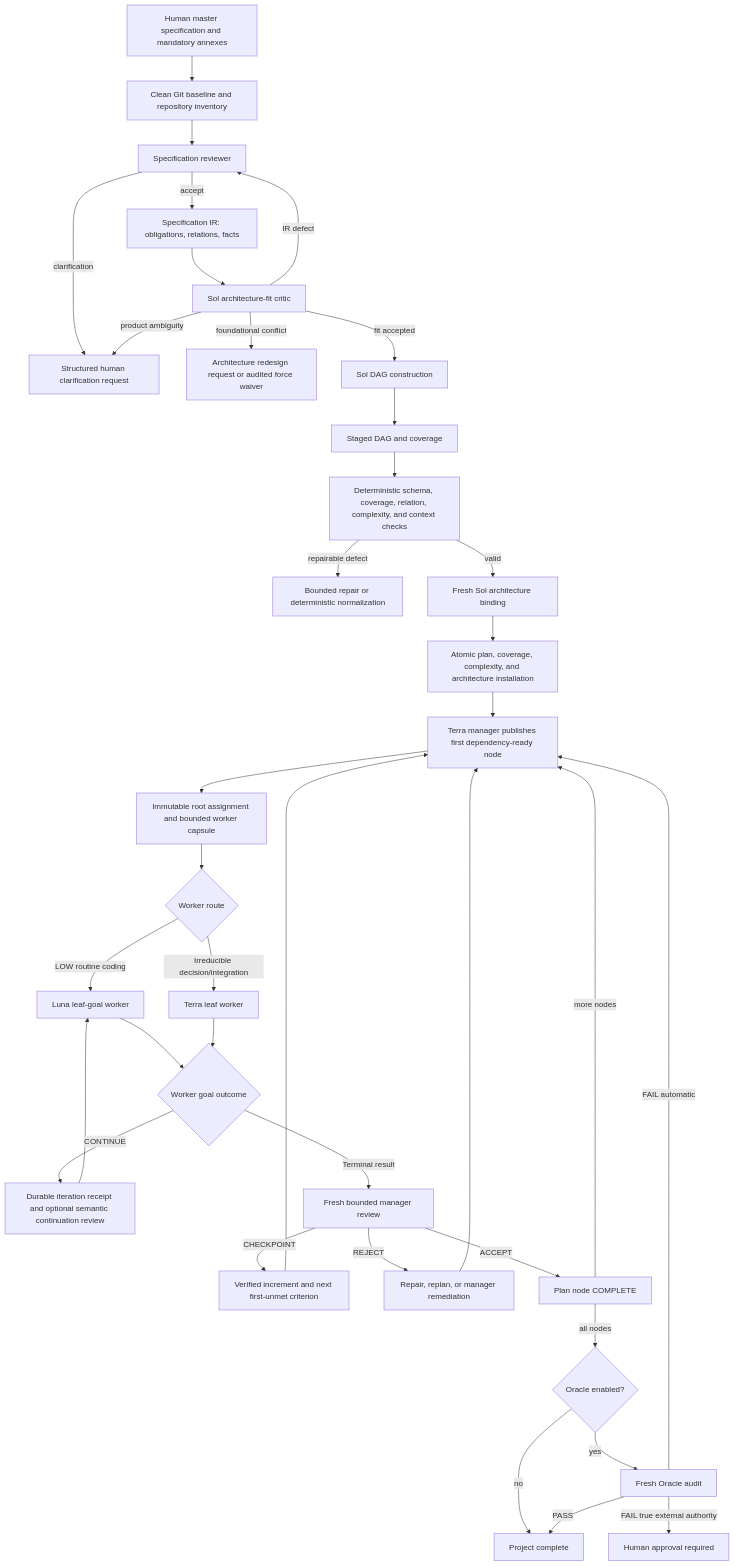
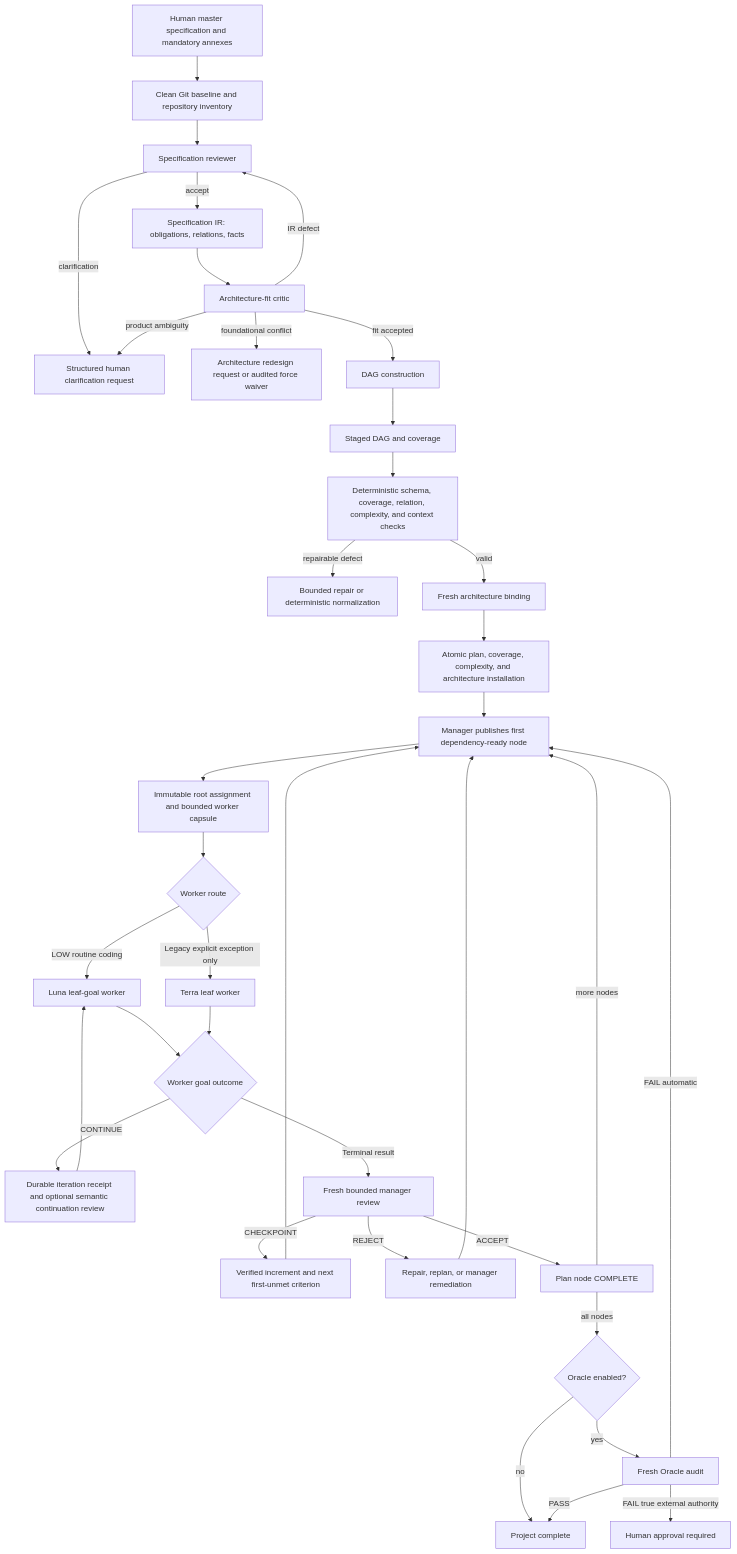
The first of 6 diagrams in docs/specification-to-luna-complexity-decomposition.md (nuliknol/coding-agent-fs-harness), drawn with Mermaid before and after one commit. The commit also changed other lines of this file, not shown here.

````diff
--- a/docs/specification-to-luna-complexity-decomposition.md
+++ b/docs/specification-to-luna-complexity-decomposition.md
@@ -163,39 +237,39 @@
 ```mermaid
 flowchart TD
     A[Human master specification and mandatory annexes] --> B[Clean Git baseline and repository inventory]
     B --> C[Specification reviewer]
     C -->|clarification| C1[Structured human clarification request]
     C -->|accept| D[Specification IR: obligations, relations, facts]
-    D --> E[Sol architecture-fit critic]
+    D --> E[Architecture-fit critic]
     E -->|IR defect| C
     E -->|product ambiguity| C1
     E -->|foundational conflict| E1[Architecture redesign request or audited force waiver]
-    E -->|fit accepted| F[Sol DAG construction]
+    E -->|fit accepted| F[DAG construction]
     F --> G[Staged DAG and coverage]
     G --> H[Deterministic schema, coverage, relation, complexity, and context checks]
     H -->|repairable defect| F1[Bounded repair or deterministic normalization]
-    H -->|valid| I[Fresh Sol architecture binding]
+    H -->|valid| I[Fresh architecture binding]
     I --> J[Atomic plan, coverage, complexity, and architecture installation]
-    J --> K[Terra manager publishes first dependency-ready node]
+    J --> K[Manager publishes first dependency-ready node]
     K --> L[Immutable root assignment and bounded worker capsule]
     L --> M{Worker route}
     M -->|LOW routine coding| N[Luna leaf-goal worker]
-    M -->|Irreducible decision/integration| O[Terra leaf worker]
+    M -->|Legacy explicit exception only| O[Terra leaf worker]
     N --> P{Worker goal outcome}
     O --> P
     P -->|CONTINUE| Q[Durable iteration receipt and optional semantic continuation review]
     Q --> N
     P -->|Terminal result| R[Fresh bounded manager review]
     R -->|CHECKPOINT| S[Verified increment and next first-unmet criterion]
     R -->|REJECT| T[Repair, replan, or manager remediation]
     R -->|ACCEPT| U[Plan node COMPLETE]
     S --> K
     T --> K
     U -->|more nodes| K
     U -->|all nodes| V{Oracle enabled?}
     V -->|yes| W[Fresh Oracle audit]
     V -->|no| X[Project complete]
     W -->|PASS| X
     W -->|FAIL automatic| K
     W -->|FAIL true external authority| Y[Human approval required]
 ```
````
